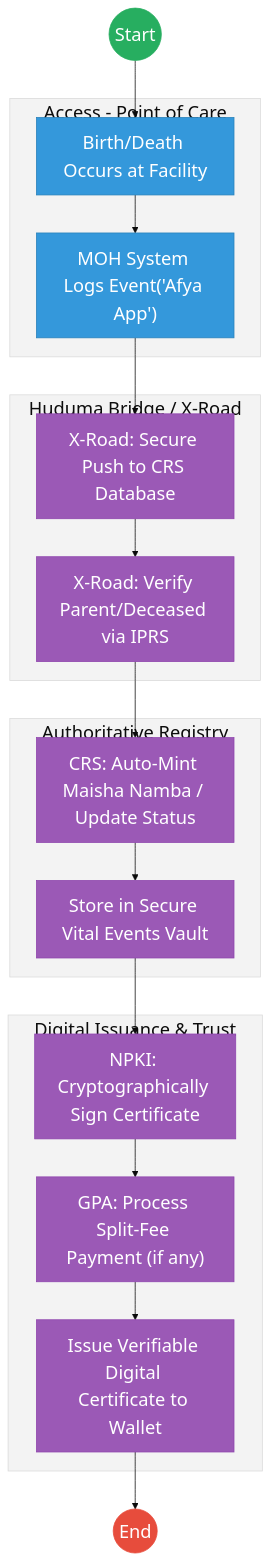
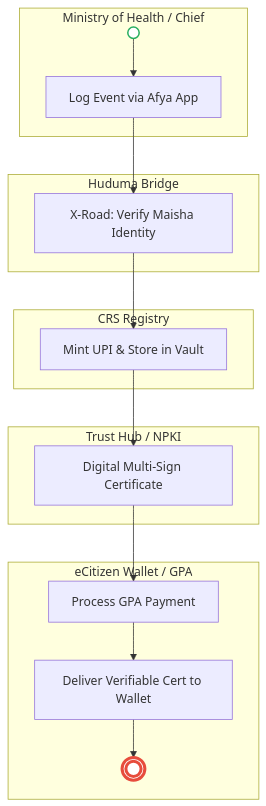
The second of 2 diagrams in mdas/docs_final/priority_mdas/_CIVIL_REGISTRATION_SERVICES_CRS____Service_Delivery.md (BITZ-IT-Consulting-LTD/ictapoc), drawn with Mermaid before and after one commit. The commit also changed other lines of this file and 2 other files, not shown here.

````diff
--- a/mdas/docs_final/priority_mdas/_CIVIL_REGISTRATION_SERVICES_CRS____Service_Delivery.md
+++ b/mdas/docs_final/priority_mdas/_CIVIL_REGISTRATION_SERVICES_CRS____Service_Delivery.md
@@ -118,36 +96,27 @@
 ```mermaid
-%%{init: { 'theme': 'base', 'themeVariables': { 'fontSize': '24px', 'fontFamily': 'Inter, system-ui, sans-serif', 'primaryColor': '#ffffff', 'edgeLabelBackground':'#ffffff', 'tertiaryColor': '#f3f3f3', 'mainBkg': '#ffffff', 'nodeBorder': '#333333' } } }%%
-graph TD
-    Start((Start)) --> Event["Birth/Death Occurs at Facility"]
-    
-    subgraph Layer1["Access - Point of Care"]
-        Event --> MOH["MOH System Logs Event('Afya App')"]
+flowchart TD
+    subgraph MOH["Ministry of Health / Chief"]
+        Start(( )) --> T1[Log Event via Afya App]
     end
-    
-    subgraph Layer3["Huduma Bridge / X-Road"]
-        MOH --> XRoad["X-Road: Secure Push to CRS Database"]
-        XRoad --> IPRS["X-Road: Verify Parent/Deceased via IPRS"]
+
+    subgraph Bridge["Huduma Bridge"]
+        T1 --> T2[X-Road: Verify Maisha Identity]
     end
-    
-    subgraph Layer4["Authoritative Registry"]
-        IPRS --> Mint["CRS: Auto-Mint Maisha Namba / Update Status"]
-        Mint --> Vault["Store in Secure Vital Events Vault"]
+
+    subgraph Registry["CRS Registry"]
+        T2 --> T3[Mint UPI & Store in Vault]
     end
-    
-    subgraph Output["Digital Issuance & Trust"]
-        Vault --> Sign["NPKI: Cryptographically Sign Certificate"]
-        Sign --> GPA["GPA: Process Split-Fee Payment (if any)"]
-        GPA --> Wallet["Issue Verifiable Digital Certificate to Wallet"]
+
+    subgraph Trust["Trust Hub / NPKI"]
+        T3 --> T4[Digital Multi-Sign Certificate]
     end
-    
-    Wallet --> End((End))
 
-    classDef start fill:#27ae60,stroke:#27ae60,color:#fff,font-size:24px,font-size:24px;;
-    classDef endNode fill:#e74c3c,stroke:#e74c3c,color:#fff,font-size:24px,font-size:24px;;
-    classDef userTask fill:#3498db,stroke:#2980b9,color:#fff,font-size:24px,font-size:24px;;
-    classDef serviceTask fill:#9b59b6,stroke:#8e44ad,color:#fff,font-size:24px,font-size:24px;;
-    class Start start;
-    class End endNode;
-    class Event,MOH userTask;
-    class XRoad,IPRS,Mint,Vault,Sign,GPA,Wallet serviceTask;
+    subgraph Citizen["eCitizen Wallet / GPA"]
+        T4 --> C1[Process GPA Payment]
+        C1 --> C2[Deliver Verifiable Cert to Wallet]
+        C2 --> End((( )))
+    end
+
+    style Start fill:#fff,stroke:#27ae60,stroke-width:2px
+    style End fill:#fff,stroke:#e74c3c,stroke-width:4px
 ```
````
